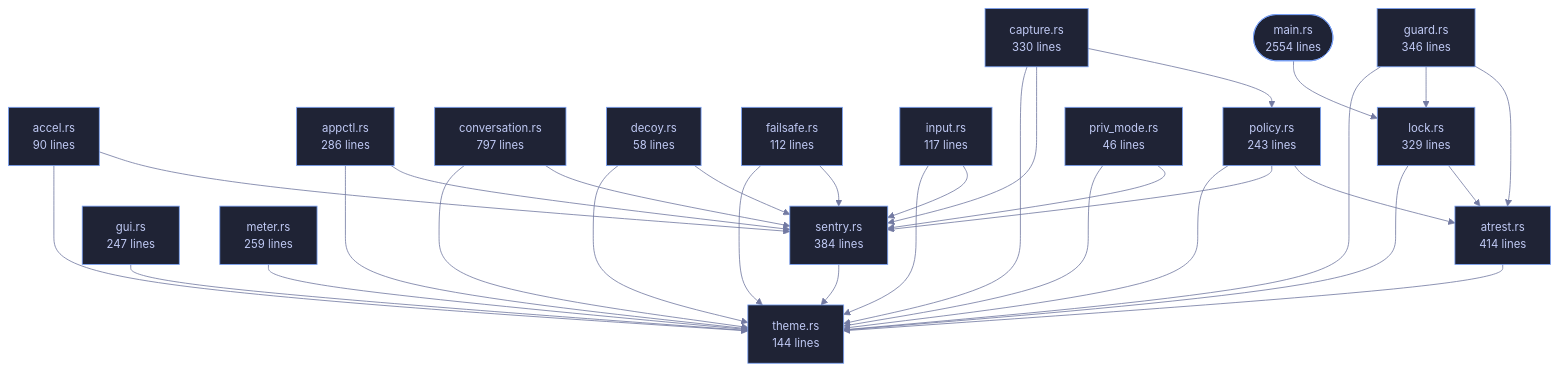
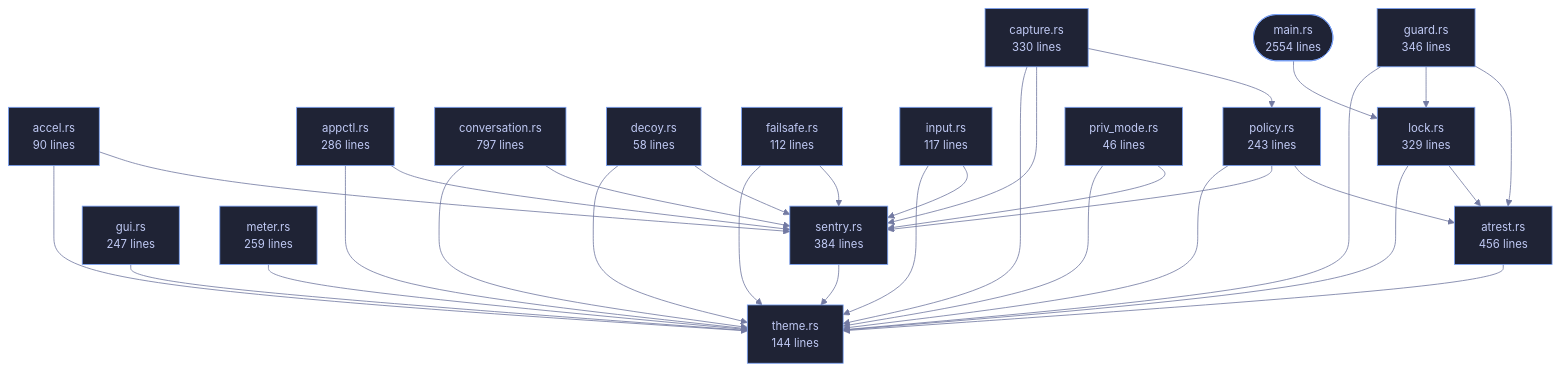
Before and after one commit to tilas01/veilvoice: the diagram in crates/veilvoice-cli/README.md, drawn with Mermaid. The commit also changed other lines of this file and 12 other files, not shown here.

````diff
--- a/crates/veilvoice-cli/README.md
+++ b/crates/veilvoice-cli/README.md
@@ -110,68 +110,68 @@
 ```mermaid
 %%{init: {"theme":"base","themeVariables":{"background":"#1a1b26","primaryColor":"#1f2335","primaryTextColor":"#c0caf5","primaryBorderColor":"#7aa2f7","secondaryColor":"#16161e","tertiaryColor":"#16161e","lineColor":"#737aa2","textColor":"#c0caf5","mainBkg":"#1f2335","nodeBorder":"#7aa2f7","clusterBkg":"#16161e","clusterBorder":"#2f3549","fontFamily":"ui-monospace, SFMono-Regular, Consolas, monospace","fontSize":"14px"}}}%%
 flowchart TD
     n_main(["main.rs<br/>2554 lines"])
     n_accel["accel.rs<br/>90 lines"]
     n_appctl["appctl.rs<br/>286 lines"]
-    n_atrest["atrest.rs<br/>414 lines"]
+    n_atrest["atrest.rs<br/>456 lines"]
     n_capture["capture.rs<br/>330 lines"]
     n_conversation["conversation.rs<br/>797 lines"]
     n_decoy["decoy.rs<br/>58 lines"]
     n_failsafe["failsafe.rs<br/>112 lines"]
     n_guard["guard.rs<br/>346 lines"]
     n_gui["gui.rs<br/>247 lines"]
     n_input["input.rs<br/>117 lines"]
     n_lock["lock.rs<br/>329 lines"]
     n_meter["meter.rs<br/>259 lines"]
     n_policy["policy.rs<br/>243 lines"]
     n_priv_mode["priv_mode.rs<br/>46 lines"]
     n_sentry["sentry.rs<br/>384 lines"]
     n_theme["theme.rs<br/>144 lines"]
     n_accel --> n_sentry
     n_accel --> n_theme
     n_appctl --> n_sentry
     n_appctl --> n_theme
     n_atrest --> n_theme
     n_capture --> n_policy
     n_capture --> n_sentry
     n_capture --> n_theme
     n_conversation --> n_sentry
     n_conversation --> n_theme
     n_decoy --> n_sentry
     n_decoy --> n_theme
     n_failsafe --> n_sentry
     n_failsafe --> n_theme
     n_guard --> n_atrest
     n_guard --> n_lock
     n_guard --> n_theme
     n_gui --> n_theme
     n_input --> n_sentry
     n_input --> n_theme
     n_lock --> n_atrest
     n_lock --> n_theme
     n_main --> n_lock
     n_meter --> n_theme
     n_policy --> n_atrest
     n_policy --> n_sentry
     n_policy --> n_theme
     n_priv_mode --> n_sentry
     n_priv_mode --> n_theme
     n_sentry --> n_theme
     click n_main href "https://github.com/tilas01/veilvoice/blob/main/crates/veilvoice-cli/src/main.rs" "open the source"
     click n_accel href "https://github.com/tilas01/veilvoice/blob/main/crates/veilvoice-cli/src/accel.rs" "open the source"
     click n_appctl href "https://github.com/tilas01/veilvoice/blob/main/crates/veilvoice-cli/src/appctl.rs" "open the source"
     click n_atrest href "https://github.com/tilas01/veilvoice/blob/main/crates/veilvoice-cli/src/atrest.rs" "open the source"
     click n_capture href "https://github.com/tilas01/veilvoice/blob/main/crates/veilvoice-cli/src/capture.rs" "open the source"
     click n_conversation href "https://github.com/tilas01/veilvoice/blob/main/crates/veilvoice-cli/src/conversation.rs" "open the source"
     click n_decoy href "https://github.com/tilas01/veilvoice/blob/main/crates/veilvoice-cli/src/decoy.rs" "open the source"
     click n_failsafe href "https://github.com/tilas01/veilvoice/blob/main/crates/veilvoice-cli/src/failsafe.rs" "open the source"
     click n_guard href "https://github.com/tilas01/veilvoice/blob/main/crates/veilvoice-cli/src/guard.rs" "open the source"
     click n_gui href "https://github.com/tilas01/veilvoice/blob/main/crates/veilvoice-cli/src/gui.rs" "open the source"
     click n_input href "https://github.com/tilas01/veilvoice/blob/main/crates/veilvoice-cli/src/input.rs" "open the source"
     click n_lock href "https://github.com/tilas01/veilvoice/blob/main/crates/veilvoice-cli/src/lock.rs" "open the source"
     click n_meter href "https://github.com/tilas01/veilvoice/blob/main/crates/veilvoice-cli/src/meter.rs" "open the source"
     click n_policy href "https://github.com/tilas01/veilvoice/blob/main/crates/veilvoice-cli/src/policy.rs" "open the source"
     click n_priv_mode href "https://github.com/tilas01/veilvoice/blob/main/crates/veilvoice-cli/src/priv_mode.rs" "open the source"
     click n_sentry href "https://github.com/tilas01/veilvoice/blob/main/crates/veilvoice-cli/src/sentry.rs" "open the source"
     click n_theme href "https://github.com/tilas01/veilvoice/blob/main/crates/veilvoice-cli/src/theme.rs" "open the source"
 ```
````
